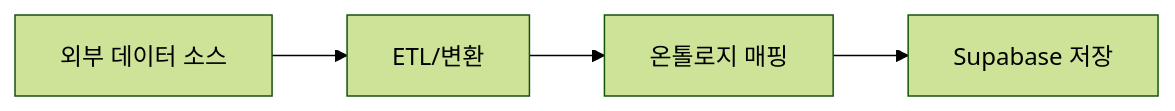
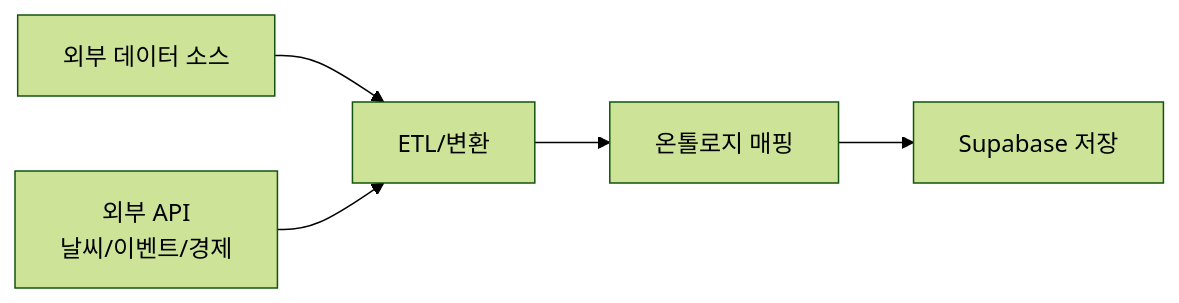
The fourth of 5 diagrams in PROPOSED_IA_ARCHITECTURE.md (sungshincho/Customer_Dashboard), drawn with Mermaid (forest theme) before and after one commit. The commit also changed other lines of this file, not shown here.

````diff
--- a/PROPOSED_IA_ARCHITECTURE.md
+++ b/PROPOSED_IA_ARCHITECTURE.md
@@ -158,6 +210,7 @@
 ```mermaid
 graph LR
     A[외부 데이터 소스] --> B[ETL/변환]
-    B --> C[온톨로지 매핑]
-    C --> D[Supabase 저장]
+    C[외부 API<br/>날씨/이벤트/경제] --> B
+    B --> D[온톨로지 매핑]
+    D --> E[Supabase 저장]
 ```
````
